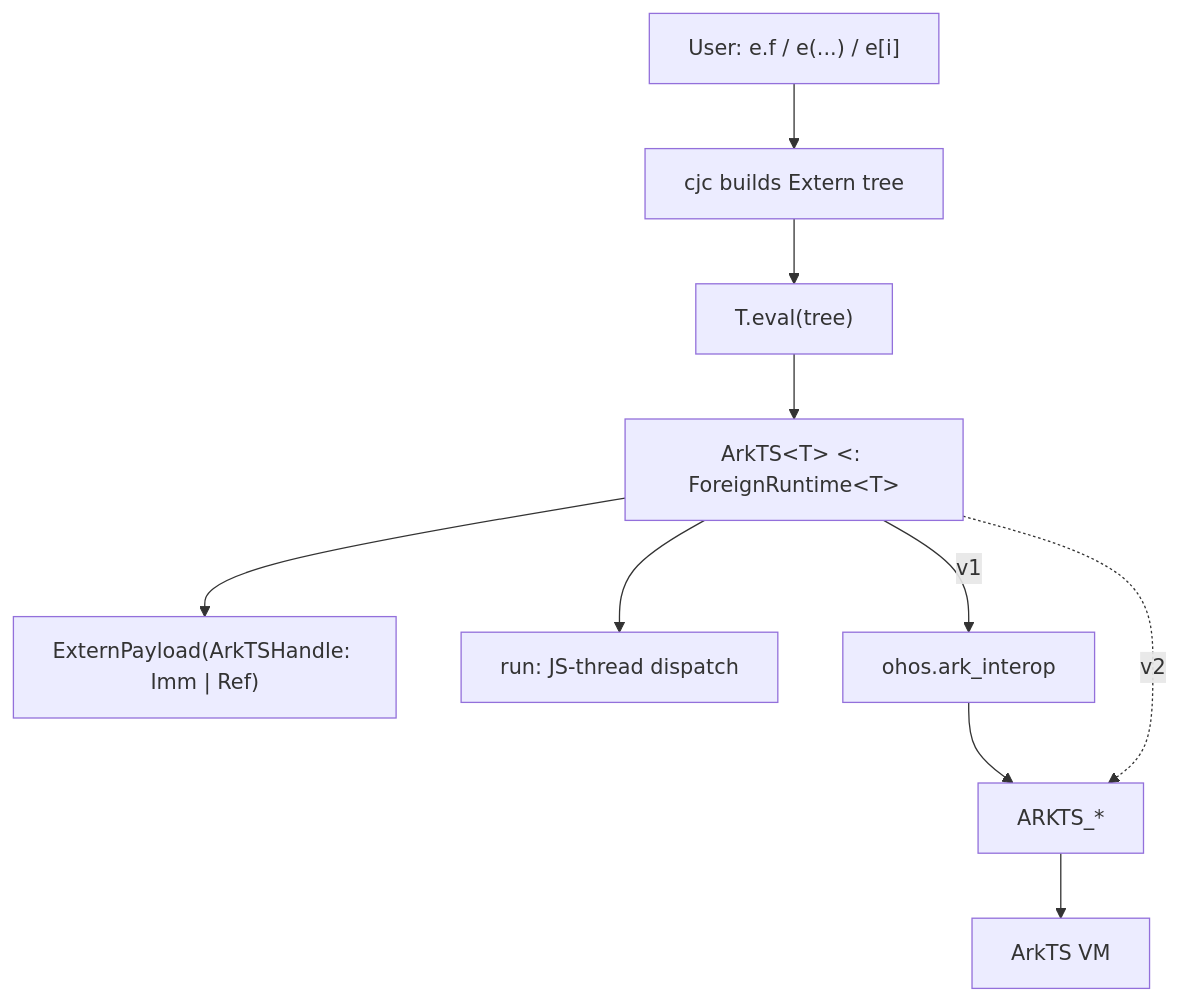
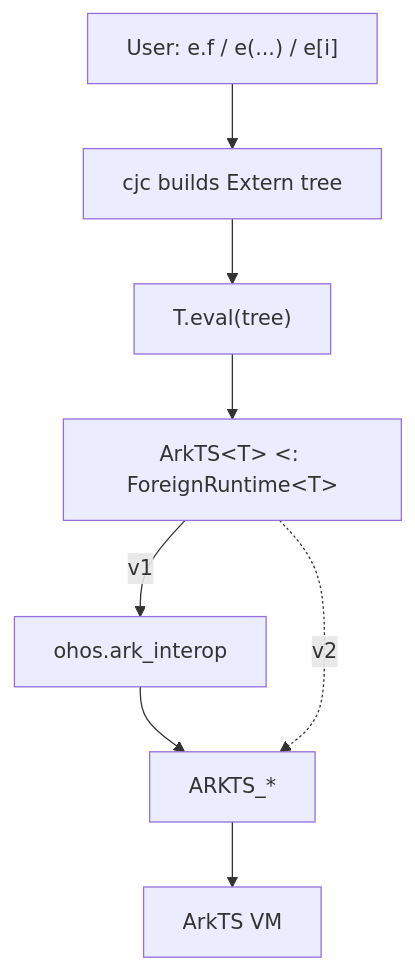
Before and after one commit to belolourenco/cangjie_interop_architecture: the first of 2 diagrams in docs/arkts_runtime_design_with_eval.md, drawn with Mermaid. The commit also changed other lines of this file, not shown here.

````diff
--- a/docs/arkts_runtime_design_with_eval.md
+++ b/docs/arkts_runtime_design_with_eval.md
@@ -37,10 +37,8 @@
 ```mermaid
 flowchart TB
     UC["User: e.f / e(...) / e[i]"] --> DS["cjc builds Extern tree"]
     DS --> EVAL["T.eval(tree)"]
     EVAL --> ARK["ArkTS&lt;T&gt; <: ForeignRuntime&lt;T&gt;"]
-    ARK --> PAY["ExternPayload(ArkTSHandle: Imm | Ref)"]
-    ARK --> RUN["run: JS-thread dispatch"]
     ARK -->|"v1"| CTX["ohos.ark_interop"] --> FFI["ARKTS_*"] --> VM["ArkTS VM"]
     ARK -.->|"v2"| FFI
 ```
````
